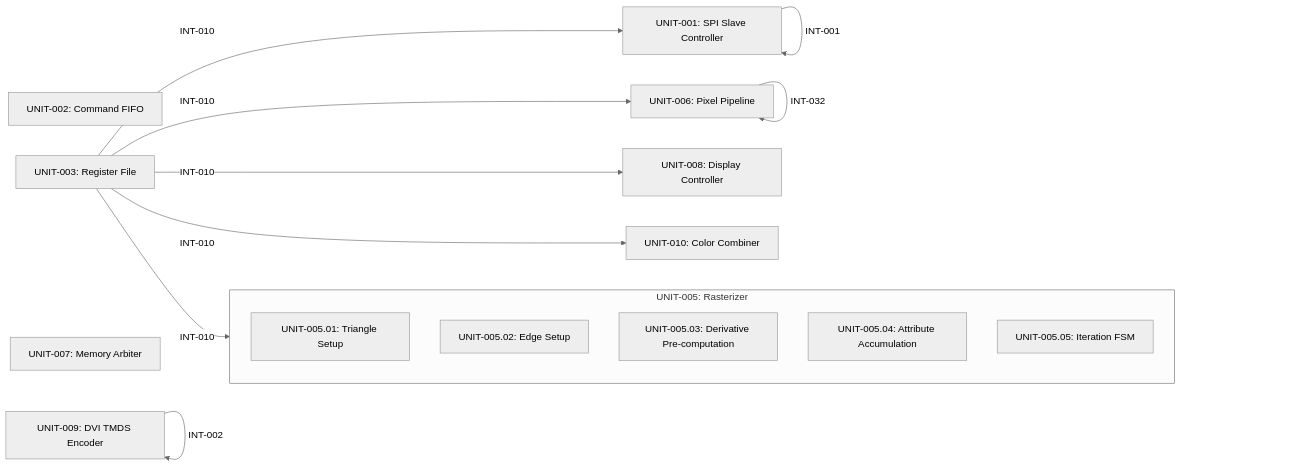
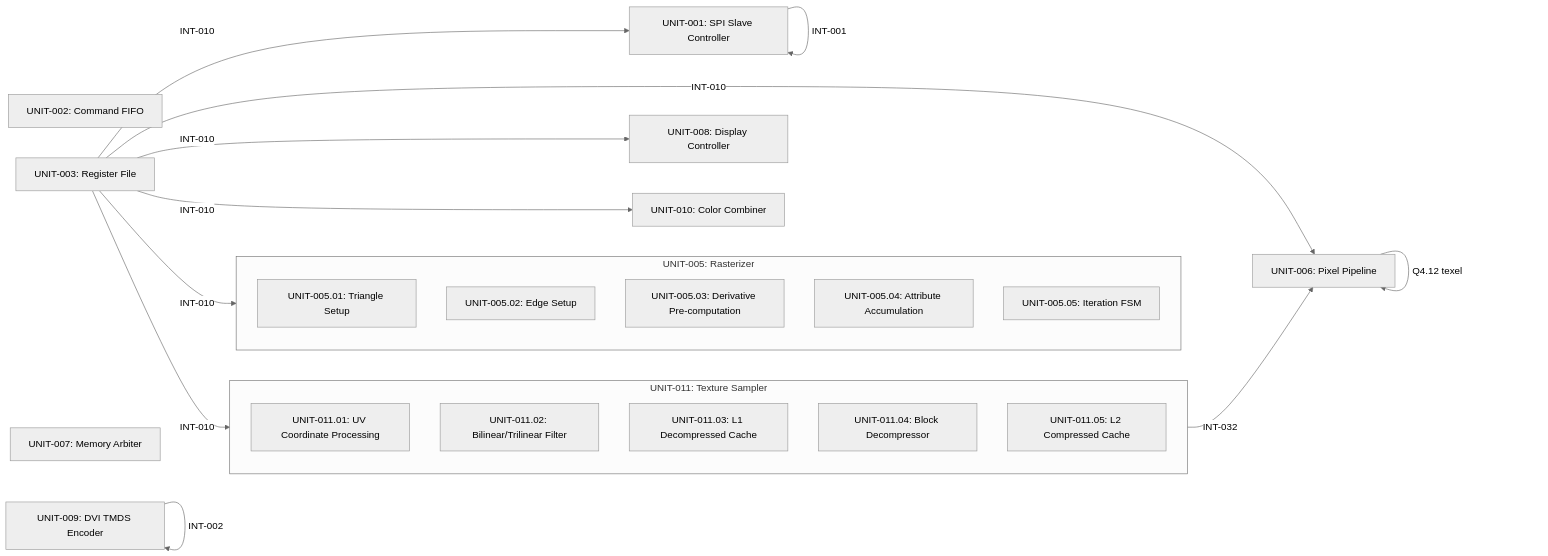
The second of 2 diagrams in ARCHITECTURE.md (londey/pico-gs), drawn with Mermaid (neutral theme) before and after one commit. The commit also changed other lines of this file and 36 other files, not shown here.

````diff
--- a/ARCHITECTURE.md
+++ b/ARCHITECTURE.md
@@ -348,26 +349,35 @@
 ```mermaid
 flowchart LR
     UNIT_001["UNIT-001: SPI Slave Controller"]
     UNIT_002["UNIT-002: Command FIFO"]
     UNIT_003["UNIT-003: Register File"]
     subgraph UNIT_005["UNIT-005: Rasterizer"]
         UNIT_005_01["UNIT-005.01: Triangle Setup"]
         UNIT_005_02["UNIT-005.02: Edge Setup"]
         UNIT_005_03["UNIT-005.03: Derivative Pre-computation"]
         UNIT_005_04["UNIT-005.04: Attribute Accumulation"]
         UNIT_005_05["UNIT-005.05: Iteration FSM"]
     end
     UNIT_006["UNIT-006: Pixel Pipeline"]
+    subgraph UNIT_011["UNIT-011: Texture Sampler"]
+        UNIT_011_01["UNIT-011.01: UV Coordinate Processing"]
+        UNIT_011_02["UNIT-011.02: Bilinear/Trilinear Filter"]
+        UNIT_011_03["UNIT-011.03: L1 Decompressed Cache"]
+        UNIT_011_04["UNIT-011.04: Block Decompressor"]
+        UNIT_011_05["UNIT-011.05: L2 Compressed Cache"]
+    end
     UNIT_007["UNIT-007: Memory Arbiter"]
     UNIT_008["UNIT-008: Display Controller"]
     UNIT_009["UNIT-009: DVI TMDS Encoder"]
     UNIT_010["UNIT-010: Color Combiner"]
     UNIT_001 -->|INT-001| UNIT_001
     UNIT_009 -->|INT-002| UNIT_009
     UNIT_003 -->|INT-010| UNIT_001
     UNIT_003 -->|INT-010| UNIT_005
     UNIT_003 -->|INT-010| UNIT_006
+    UNIT_003 -->|INT-010| UNIT_011
     UNIT_003 -->|INT-010| UNIT_008
     UNIT_003 -->|INT-010| UNIT_010
-    UNIT_006 -->|INT-032| UNIT_006
+    UNIT_006 -->|"Q4.12 texel"| UNIT_006
+    UNIT_011 -->|INT-032| UNIT_006
 ```
````
